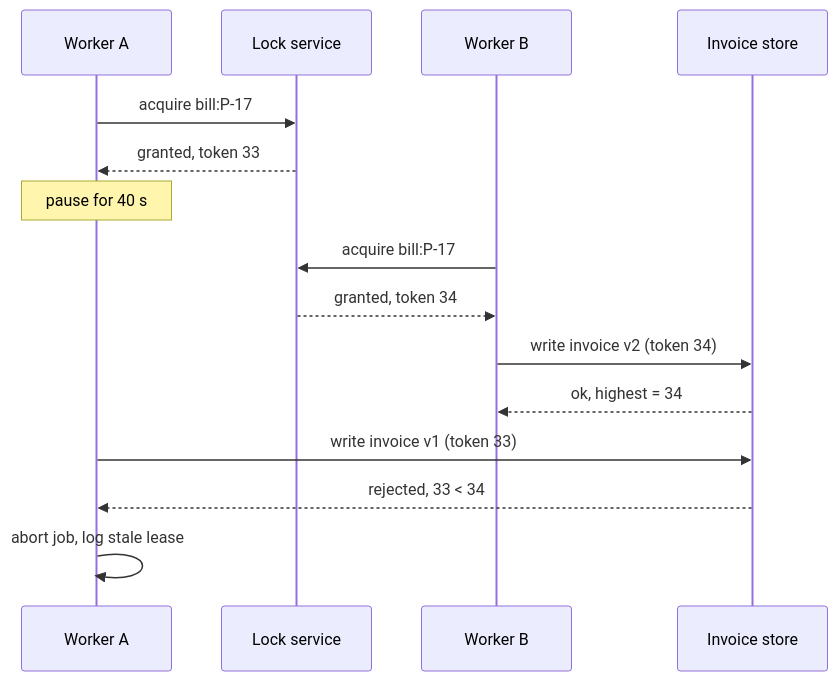
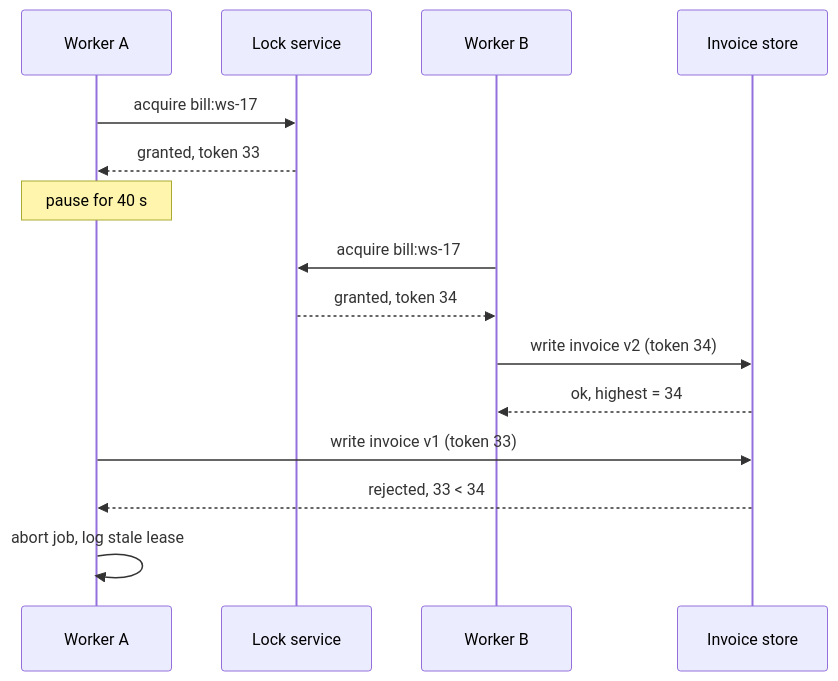
The third of 3 diagrams in content/lessons/m13/m13-distributed-locks.md (rizwi0786/system-design-lab), drawn with Mermaid before and after one commit. The commit also changed other lines of this file and 334 other files, not shown here.

````diff
--- a/content/lessons/m13/m13-distributed-locks.md
+++ b/content/lessons/m13/m13-distributed-locks.md
@@ -232,17 +232,17 @@
 ```mermaid
 sequenceDiagram
     participant A as Worker A
     participant L as Lock service
     participant B as Worker B
     participant S as Invoice store
-    A->>L: acquire bill:P-17
+    A->>L: acquire bill:ws-17
     L-->>A: granted, token 33
     Note over A: pause for 40 s
-    B->>L: acquire bill:P-17
+    B->>L: acquire bill:ws-17
     L-->>B: granted, token 34
     B->>S: write invoice v2 (token 34)
     S-->>B: ok, highest = 34
     A->>S: write invoice v1 (token 33)
     S-->>A: rejected, 33 < 34
     A->>A: abort job, log stale lease
 ```
````
